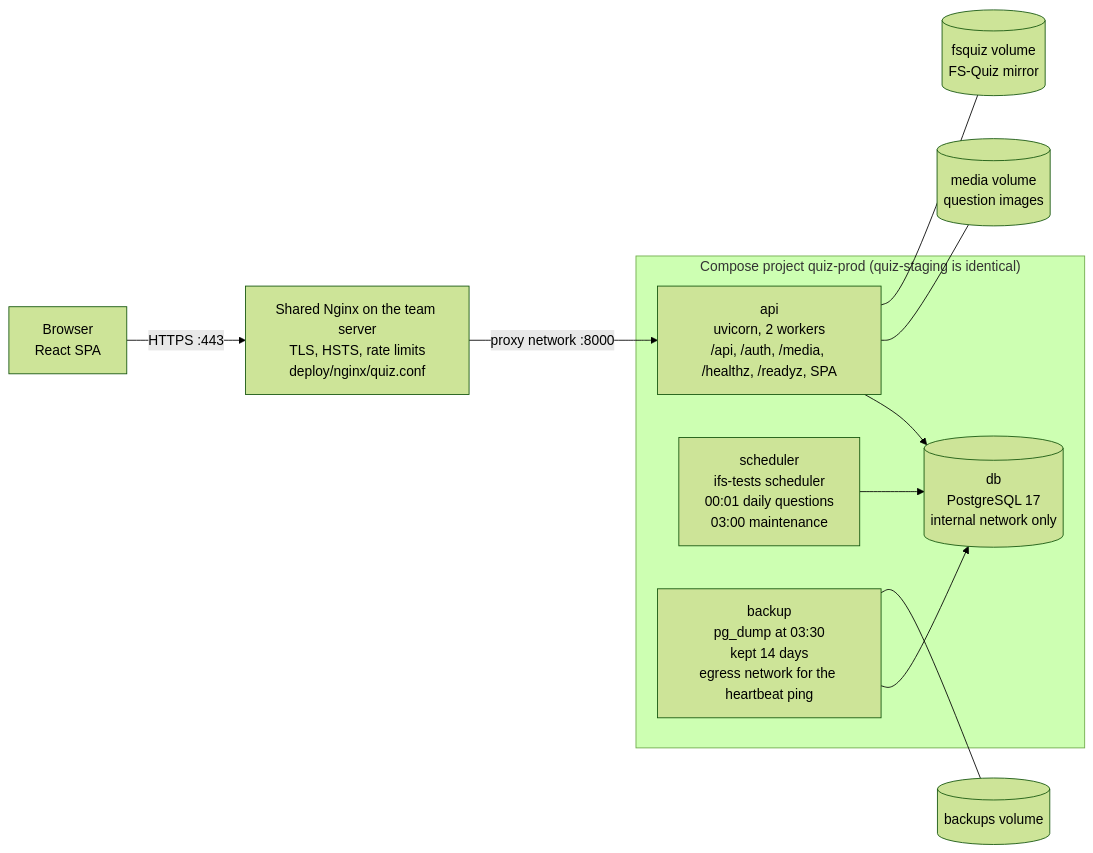
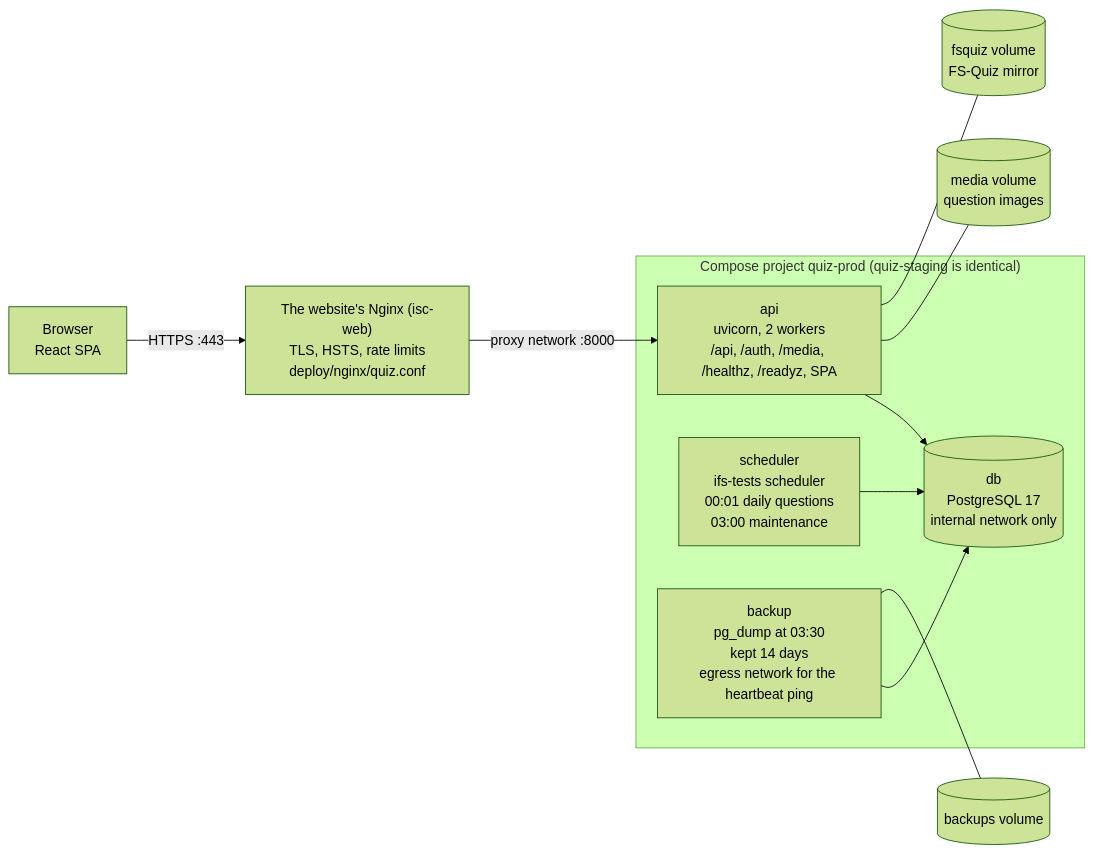
The first of 4 diagrams in docs/architecture.md (isc-fs/IFS-Tests), drawn with Mermaid (forest theme) before and after one commit. The commit also changed other lines of this file and 16 other files, not shown here.

First line of the commit message:
Serve the quiz behind the website's Nginx container (ADR 0008)

````diff
--- a/docs/architecture.md
+++ b/docs/architecture.md
@@ -9,17 +9,17 @@
 ```mermaid
 flowchart LR
-    B["Browser<br/>React SPA"] -->|"HTTPS :443"| N["Shared Nginx on the team server<br/>TLS, HSTS, rate limits<br/>deploy/nginx/quiz.conf"]
+    B["Browser<br/>React SPA"] -->|"HTTPS :443"| N["The website's Nginx (isc-web)<br/>TLS, HSTS, rate limits<br/>deploy/nginx/quiz.conf"]
     N -->|"proxy network :8000"| A
     subgraph P["Compose project quiz-prod (quiz-staging is identical)"]
         A["api<br/>uvicorn, 2 workers<br/>/api, /auth, /media, /healthz, /readyz, SPA"]
         S["scheduler<br/>ifs-tests scheduler<br/>00:01 daily questions<br/>03:00 maintenance"]
         K["backup<br/>pg_dump at 03:30<br/>kept 14 days<br/>egress network for the heartbeat ping"]
         D[("db<br/>PostgreSQL 17<br/>internal network only")]
         A --> D
         S --> D
         K --> D
     end
     A --- V1[("media volume<br/>question images")]
     A --- V2[("fsquiz volume<br/>FS-Quiz mirror")]
     K --- V3[("backups volume")]
 ```
````
